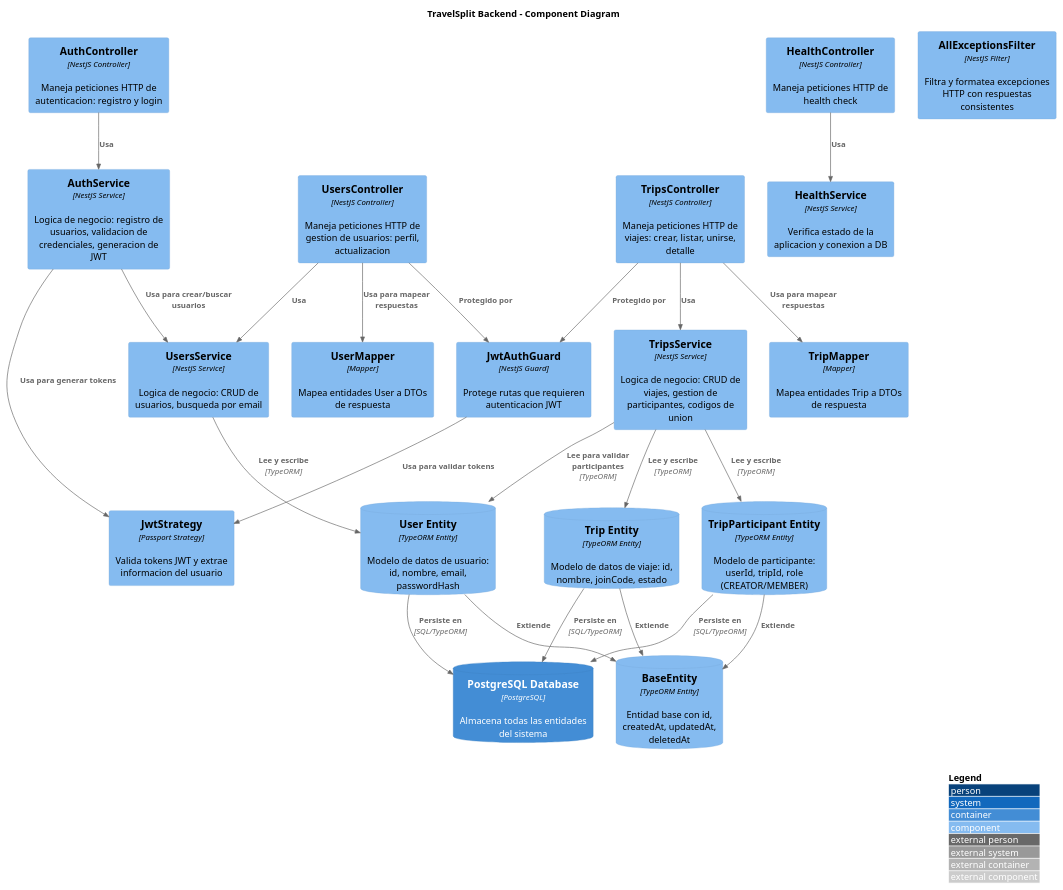
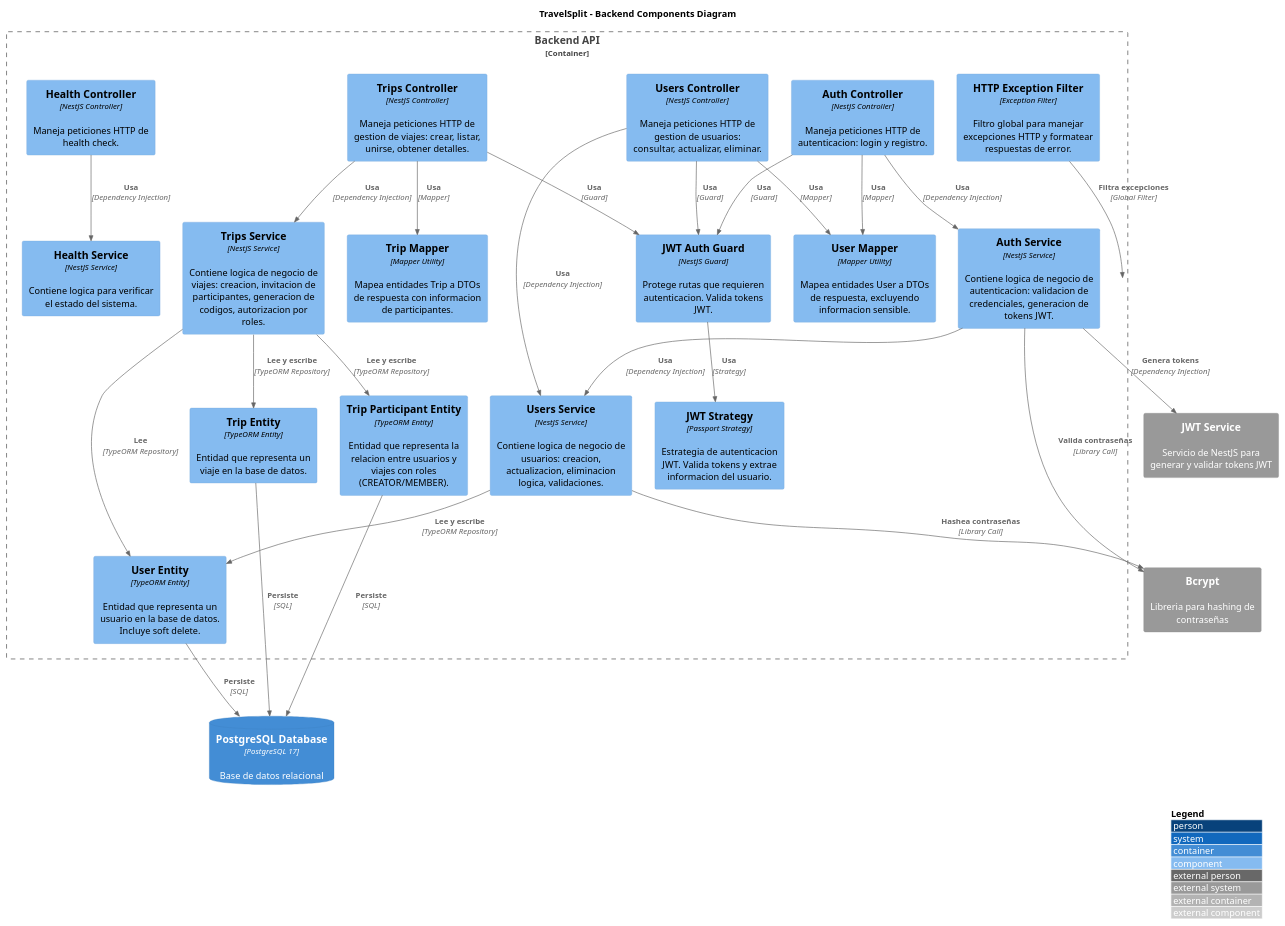
One commit to DVVID-G/TravelSplit changed the diagram in docs/diagrams/c4/03-components-backend.puml. Above: the diagram before and after it, drawn with PlantUML. The commit also changed 16 other files, not shown here.

First line of the commit message:
docs(diagrams): update C4 diagrams and reorganize structure

```diff
--- a/docs/diagrams/c4/03-components-backend.puml
+++ b/docs/diagrams/c4/03-components-backend.puml
@@ -1,76 +1,83 @@
 @startuml 03-components-backend
 !include https://raw.githubusercontent.com/plantuml-stdlib/C4-PlantUML/master/C4_Component.puml
 
 LAYOUT_WITH_LEGEND()
 
-' Generated by C4 Diagram Generator on 2026-01-15
+' Generated by C4 Diagram Generator
 ' Agent: C4 Diagram Generator
 ' System: TravelSplit v1.0.0
-' Architecture Pattern: CSED (Controller-Service-Entity-DTO)
+' Date: 2026-01-15
 
-title TravelSplit Backend - Component Diagram
+title TravelSplit - Backend Components Diagram
 
-' Auth Module (CSED Pattern)
-Component(auth_controller, "AuthController", "NestJS Controller", "Maneja peticiones HTTP de autenticacion: registro y login")
-Component(auth_service, "AuthService", "NestJS Service", "Logica de negocio: registro de usuarios, validacion de credenciales, generacion de JWT")
+' Container
+Container_Boundary(backend_api, "Backend API") {
+    
+    ' Common Components
+    Component(jwt_strategy, "JWT Strategy", "Passport Strategy", "Estrategia de autenticacion JWT. Valida tokens y extrae informacion del usuario.")
+    Component(jwt_auth_guard, "JWT Auth Guard", "NestJS Guard", "Protege rutas que requieren autenticacion. Valida tokens JWT.")
+    Component(http_exception_filter, "HTTP Exception Filter", "Exception Filter", "Filtro global para manejar excepciones HTTP y formatear respuestas de error.")
+    Component(user_mapper, "User Mapper", "Mapper Utility", "Mapea entidades User a DTOs de respuesta, excluyendo informacion sensible.")
+    Component(trip_mapper, "Trip Mapper", "Mapper Utility", "Mapea entidades Trip a DTOs de respuesta con informacion de participantes.")
+    
+    ' Auth Module
+    Component(auth_controller, "Auth Controller", "NestJS Controller", "Maneja peticiones HTTP de autenticacion: login y registro.")
+    Component(auth_service, "Auth Service", "NestJS Service", "Contiene logica de negocio de autenticacion: validacion de credenciales, generacion de tokens JWT.")
+    
+    ' Users Module
+    Component(users_controller, "Users Controller", "NestJS Controller", "Maneja peticiones HTTP de gestion de usuarios: consultar, actualizar, eliminar.")
+    Component(users_service, "Users Service", "NestJS Service", "Contiene logica de negocio de usuarios: creacion, actualizacion, eliminacion logica, validaciones.")
+    Component(user_entity, "User Entity", "TypeORM Entity", "Entidad que representa un usuario en la base de datos. Incluye soft delete.")
+    
+    ' Trips Module
+    Component(trips_controller, "Trips Controller", "NestJS Controller", "Maneja peticiones HTTP de gestion de viajes: crear, listar, unirse, obtener detalles.")
+    Component(trips_service, "Trips Service", "NestJS Service", "Contiene logica de negocio de viajes: creacion, invitacion de participantes, generacion de codigos, autorizacion por roles.")
+    Component(trip_entity, "Trip Entity", "TypeORM Entity", "Entidad que representa un viaje en la base de datos.")
+    Component(trip_participant_entity, "Trip Participant Entity", "TypeORM Entity", "Entidad que representa la relacion entre usuarios y viajes con roles (CREATOR/MEMBER).")
+    
+    ' Health Module
+    Component(health_controller, "Health Controller", "NestJS Controller", "Maneja peticiones HTTP de health check.")
+    Component(health_service, "Health Service", "NestJS Service", "Contiene logica para verificar el estado del sistema.")
+}
 
-' Users Module (CSED Pattern)
-Component(users_controller, "UsersController", "NestJS Controller", "Maneja peticiones HTTP de gestion de usuarios: perfil, actualizacion")
-Component(users_service, "UsersService", "NestJS Service", "Logica de negocio: CRUD de usuarios, busqueda por email")
-ComponentDb(user_entity, "User Entity", "TypeORM Entity", "Modelo de datos de usuario: id, nombre, email, passwordHash")
+' Database
+ContainerDb(database, "PostgreSQL Database", "PostgreSQL 17", "Base de datos relacional")
 
-' Trips Module (CSED Pattern)
-Component(trips_controller, "TripsController", "NestJS Controller", "Maneja peticiones HTTP de viajes: crear, listar, unirse, detalle")
-Component(trips_service, "TripsService", "NestJS Service", "Logica de negocio: CRUD de viajes, gestion de participantes, codigos de union")
-ComponentDb(trip_entity, "Trip Entity", "TypeORM Entity", "Modelo de datos de viaje: id, nombre, joinCode, estado")
-ComponentDb(trip_participant_entity, "TripParticipant Entity", "TypeORM Entity", "Modelo de participante: userId, tripId, role (CREATOR/MEMBER)")
+' External Systems
+System_Ext(jwt_service, "JWT Service", "Servicio de NestJS para generar y validar tokens JWT")
+System_Ext(bcrypt, "Bcrypt", "Libreria para hashing de contraseñas")
 
-' Health Module (CSED Pattern)
-Component(health_controller, "HealthController", "NestJS Controller", "Maneja peticiones HTTP de health check")
-Component(health_service, "HealthService", "NestJS Service", "Verifica estado de la aplicacion y conexion a DB")
+' Relationships - Auth Module
+Rel(auth_controller, auth_service, "Usa", "Dependency Injection")
+Rel(auth_service, users_service, "Usa", "Dependency Injection")
+Rel(auth_service, jwt_service, "Genera tokens", "Dependency Injection")
+Rel(auth_service, bcrypt, "Valida contraseñas", "Library Call")
 
-' Common Components
-Component(jwt_guard, "JwtAuthGuard", "NestJS Guard", "Protege rutas que requieren autenticacion JWT")
-Component(jwt_strategy, "JwtStrategy", "Passport Strategy", "Valida tokens JWT y extrae informacion del usuario")
-Component(exception_filter, "AllExceptionsFilter", "NestJS Filter", "Filtra y formatea excepciones HTTP con respuestas consistentes")
-Component(user_mapper, "UserMapper", "Mapper", "Mapea entidades User a DTOs de respuesta")
-Component(trip_mapper, "TripMapper", "Mapper", "Mapea entidades Trip a DTOs de respuesta")
-ComponentDb(base_entity, "BaseEntity", "TypeORM Entity", "Entidad base con id, createdAt, updatedAt, deletedAt")
+' Relationships - Users Module
+Rel(users_controller, users_service, "Usa", "Dependency Injection")
+Rel(users_service, user_entity, "Lee y escribe", "TypeORM Repository")
+Rel(users_service, bcrypt, "Hashea contraseñas", "Library Call")
+Rel(user_entity, database, "Persiste", "SQL")
 
-' External Container (database from discovery.stack.backend.database)
-ContainerDb(database, "PostgreSQL Database", "PostgreSQL", "Almacena todas las entidades del sistema")
+' Relationships - Trips Module
+Rel(trips_controller, trips_service, "Usa", "Dependency Injection")
+Rel(trips_service, trip_entity, "Lee y escribe", "TypeORM Repository")
+Rel(trips_service, trip_participant_entity, "Lee y escribe", "TypeORM Repository")
+Rel(trips_service, user_entity, "Lee", "TypeORM Repository")
+Rel(trip_entity, database, "Persiste", "SQL")
+Rel(trip_participant_entity, database, "Persiste", "SQL")
 
-' Auth Module Relationships
-Rel(auth_controller, auth_service, "Usa")
-Rel(auth_service, users_service, "Usa para crear/buscar usuarios")
-Rel(auth_service, jwt_strategy, "Usa para generar tokens")
+' Relationships - Health Module
+Rel(health_controller, health_service, "Usa", "Dependency Injection")
 
-' Users Module Relationships
-Rel(users_controller, users_service, "Usa")
-Rel(users_controller, jwt_guard, "Protegido por")
-Rel(users_controller, user_mapper, "Usa para mapear respuestas")
-Rel(users_service, user_entity, "Lee y escribe", "TypeORM")
-Rel(user_entity, base_entity, "Extiende")
-
-' Trips Module Relationships
-Rel(trips_controller, trips_service, "Usa")
-Rel(trips_controller, jwt_guard, "Protegido por")
-Rel(trips_controller, trip_mapper, "Usa para mapear respuestas")
-Rel(trips_service, trip_entity, "Lee y escribe", "TypeORM")
-Rel(trips_service, trip_participant_entity, "Lee y escribe", "TypeORM")
-Rel(trips_service, user_entity, "Lee para validar participantes", "TypeORM")
-Rel(trip_entity, base_entity, "Extiende")
-Rel(trip_participant_entity, base_entity, "Extiende")
-
-' Health Module Relationships
-Rel(health_controller, health_service, "Usa")
-
-' Common Component Relationships
-Rel(jwt_guard, jwt_strategy, "Usa para validar tokens")
-
-' Database Persistence
-Rel(user_entity, database, "Persiste en", "SQL/TypeORM")
-Rel(trip_entity, database, "Persiste en", "SQL/TypeORM")
-Rel(trip_participant_entity, database, "Persiste en", "SQL/TypeORM")
+' Relationships - Common Components
+Rel(auth_controller, jwt_auth_guard, "Usa", "Guard")
+Rel(trips_controller, jwt_auth_guard, "Usa", "Guard")
+Rel(users_controller, jwt_auth_guard, "Usa", "Guard")
+Rel(jwt_auth_guard, jwt_strategy, "Usa", "Strategy")
+Rel(auth_controller, user_mapper, "Usa", "Mapper")
+Rel(trips_controller, trip_mapper, "Usa", "Mapper")
+Rel(users_controller, user_mapper, "Usa", "Mapper")
+Rel(http_exception_filter, backend_api, "Filtra excepciones", "Global Filter")
 
 @enduml
```
